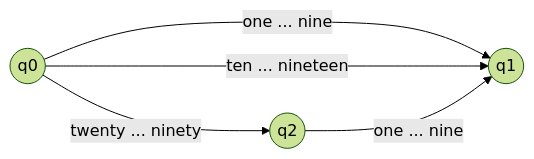
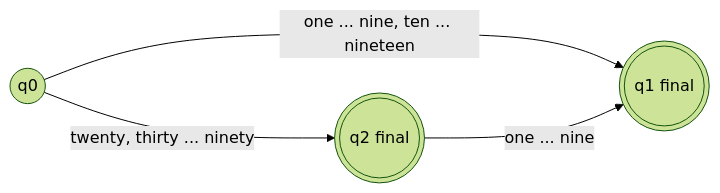
The third of 3 diagrams in content/natural-language-processing/pyq/2023-12-ce/q2a.hi.mdx (TrendySloth1001/sem-seven-notes), drawn with Mermaid (forest theme) before and after one commit. The commit also changed other lines of this file and 406 other files, not shown here.

````diff
--- a/content/natural-language-processing/pyq/2023-12-ce/q2a.hi.mdx
+++ b/content/natural-language-processing/pyq/2023-12-ce/q2a.hi.mdx
@@ -35,8 +31,7 @@
 ```mermaid
-%% caption: Number FSA. Digits aur teens q1 pe khatam hote hain. Tens word q2 pe jaata hai, jo final bhi hai aur ek digit jodke q1 pahunch sakta hai.
+%% caption: Number words 1 se 99 ka FSA. Units aur teens single words hain; tens word ke baad ek unit aa sakta hai.
 flowchart LR
-  S(("q0")) -- "one ... nine" --> A(("q1"))
-  S -- "ten ... nineteen" --> A
-  S -- "twenty ... ninety" --> B(("q2"))
-  B -- "one ... nine" --> A
+  S(("q0")) -- "one ... nine, ten ... nineteen" --> U((("q1 final")))
+  S -- "twenty, thirty ... ninety" --> T((("q2 final")))
+  T -- "one ... nine" --> U
 ```
````
